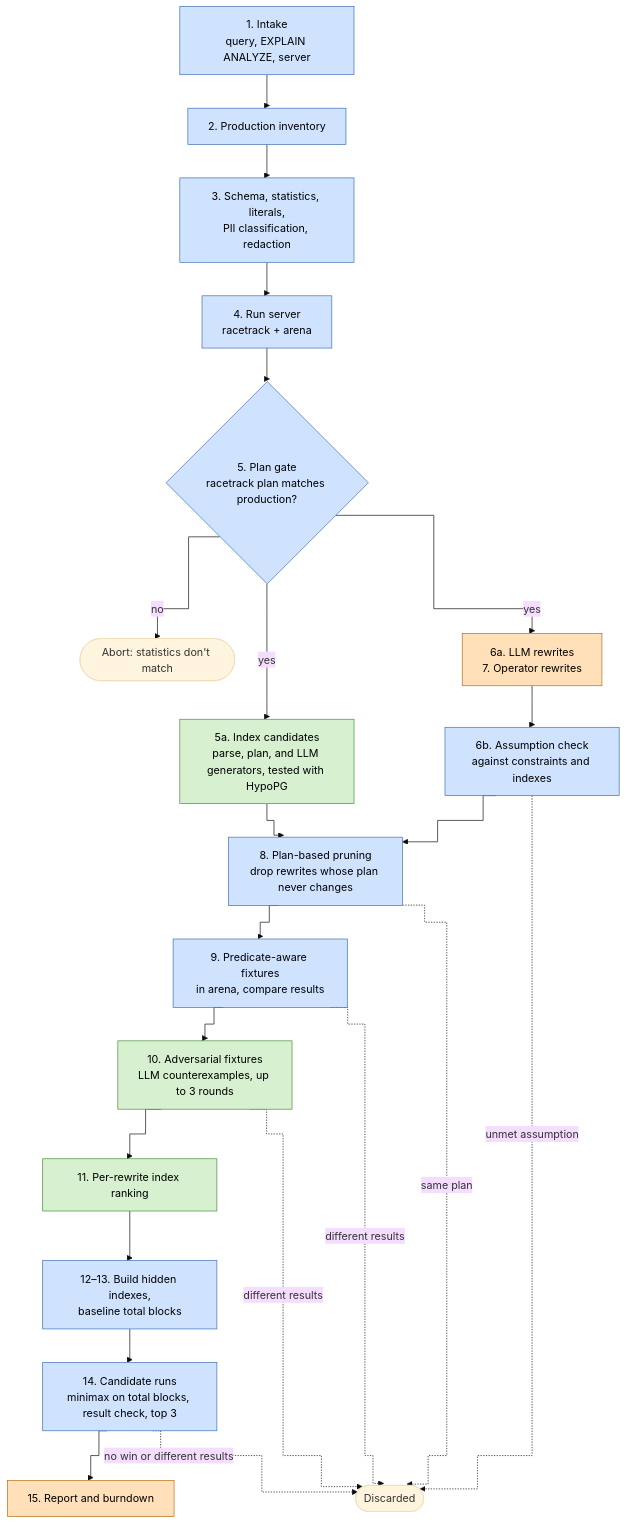
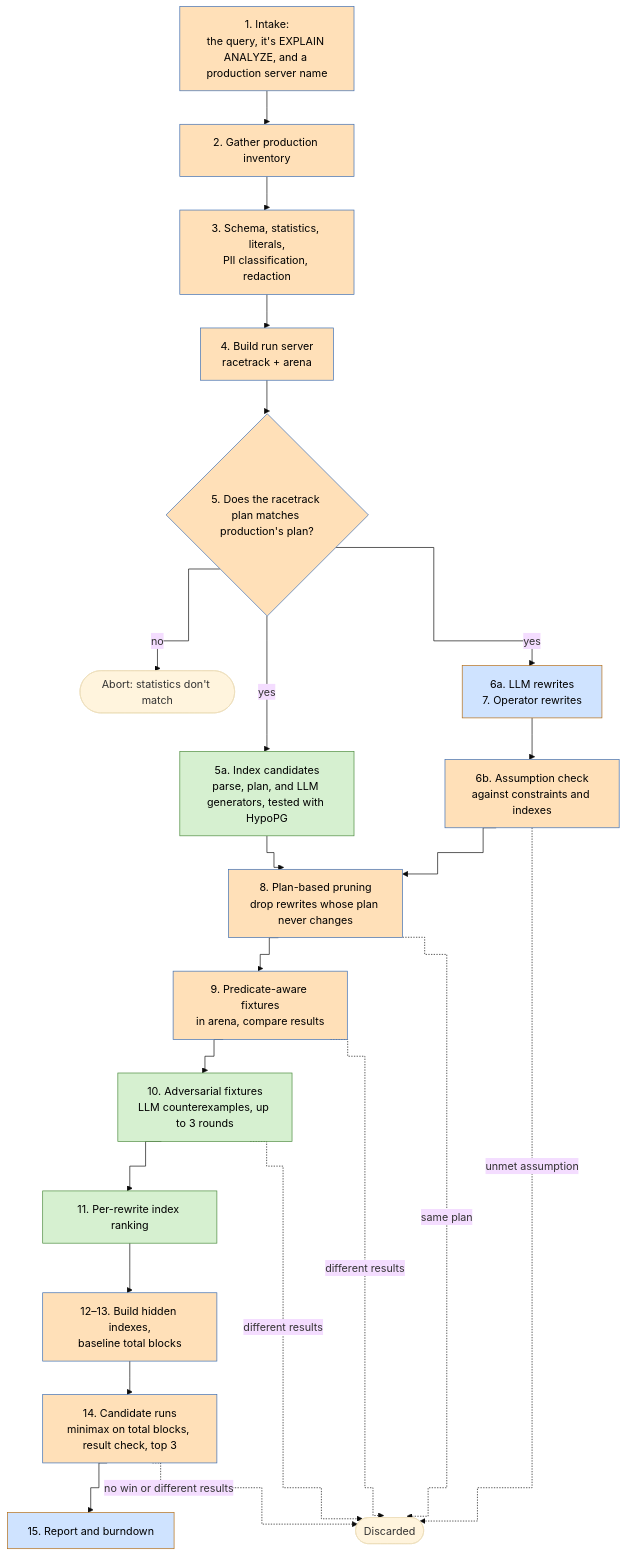
Before and after one commit to benchub/quaack: the second of 2 diagrams in DESIGN.md, drawn with Mermaid (base theme). The commit also changed other lines of this file and 1 other file, not shown here.

Commit message:
Docs: clarify the README and DESIGN overviews, and restyle the architecture diagram

````diff
--- a/DESIGN.md
+++ b/DESIGN.md
@@ -39,32 +62,32 @@
 ```mermaid
 %%{init: {"flowchart": {"curve": "step"}}}%%
 flowchart TD
-    s1["1. Intake<br/>query, EXPLAIN ANALYZE, server"] --> s2["2. Production inventory"]
+    s1["1. Intake:<br/>the query, it's EXPLAIN ANALYZE, and a production server name"] --> s2["2. Gather production inventory"]
     s2 --> s3["3. Schema, statistics, literals,<br/>PII classification, redaction"]
-    s3 --> s4["4. Run server<br/>racetrack + arena"]
-    s4 --> s5{"5. Plan gate<br/>racetrack plan matches production?"}
+    s3 --> s4["4. Build run server<br/>racetrack + arena"]
+    s4 --> s5{"5. Does the racetrack plan matches production's plan?"}
     s5 -- no --> abort(["Abort: statistics don't match"])
     s5 -- yes --> s5a["5a. Index candidates<br/>parse, plan, and LLM generators, tested with HypoPG"]
     s5 -- yes --> s6a["6a. LLM rewrites<br/>7. Operator rewrites"]
     s6a --> s6b["6b. Assumption check<br/>against constraints and indexes"]
     s5a --> s8
     s6b --> s8["8. Plan-based pruning<br/>drop rewrites whose plan never changes"]
     s8 --> s9["9. Predicate-aware fixtures<br/>in arena, compare results"]
     s9 --> s10["10. Adversarial fixtures<br/>LLM counterexamples, up to 3 rounds"]
     s10 --> s11["11. Per-rewrite index ranking"]
     s11 --> s12["12–13. Build hidden indexes,<br/>baseline total blocks"]
     s12 --> s14["14. Candidate runs<br/>minimax on total blocks, result check, top 3"]
     s14 --> s15["15. Report and burndown"]
     s6b -. unmet assumption .-> out(["Discarded"])
     s8 -. same plan .-> out
     s9 -. different results .-> out
     s10 -. different results .-> out
     s14 -. no win or different results .-> out
 
-    classDef enclave fill:#cfe3ff,stroke:#3b6db3,color:#000
-    classDef driver fill:#ffe0b8,stroke:#b36b12,color:#000
+    classDef enclave fill:#ffe0b8,stroke:#3b6db3,color:#000
+    classDef driver fill:#cfe3ff,stroke:#b36b12,color:#000
     classDef both fill:#d6f0d0,stroke:#4a8a3c,color:#000
     class s1,s2,s3,s4,s5,s6b,s8,s9,s12,s14 enclave
     class s6a,s15 driver
     class s5a,s10,s11 both
 ```
````
